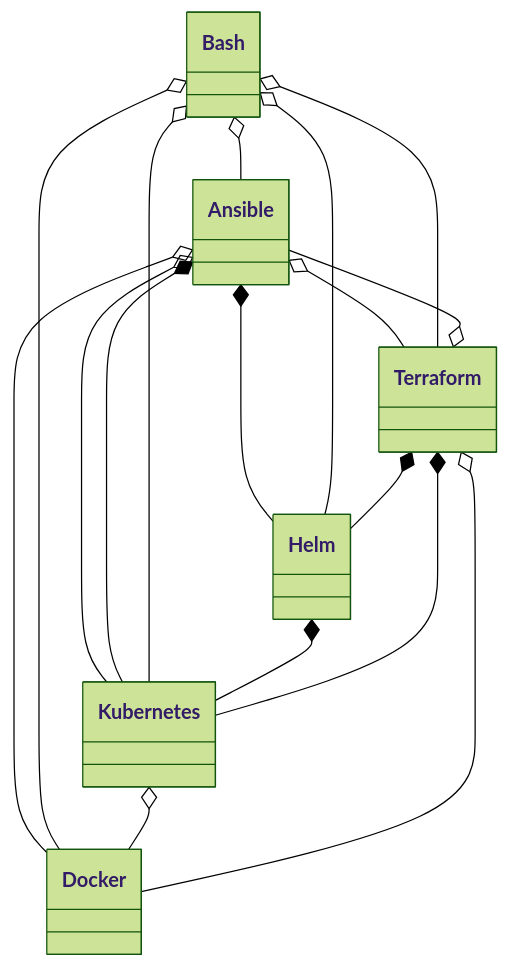
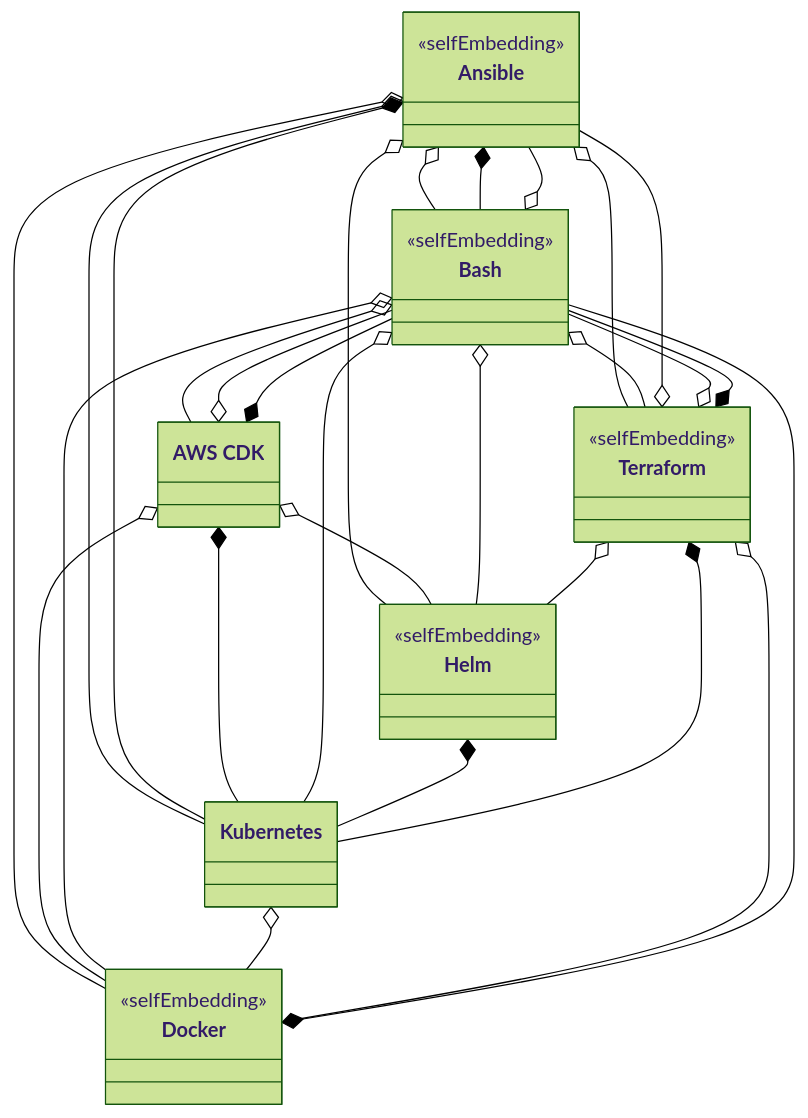
Before and after one commit to UST-DeMAF/DeMAF-Documentation: the diagram in transformations/README.md, drawn with Mermaid (forest theme). The commit also changed other lines of this file and 15 other files, not shown here.

````diff
--- a/transformations/README.md
+++ b/transformations/README.md
@@ -48,25 +380,42 @@
 ```mermaid
 classDiagram
     class Ansible
     class Bash
     class Docker
     class Helm
     class Kubernetes
     class Terraform
+    class AWSCDK["AWS CDK"]
+    <<selfEmbedding>> Ansible
+    <<selfEmbedding>> Bash
+    <<selfEmbedding>> Docker
+    <<selfEmbedding>> Helm
+    <<selfEmbedding>> Terraform
+    Ansible o-- Bash
+    Ansible *-- Bash
     Ansible o-- Docker
+    Ansible o-- Helm
     Ansible o-- Kubernetes
     Ansible *-- Kubernetes
-    Ansible *-- Helm
     Ansible o-- Terraform
+    AWSCDK o-- Bash
+    AWSCDK *-- Bash
+    AWSCDK o-- Docker
+    AWSCDK o-- Helm
+    AWSCDK *-- Kubernetes
     Bash o-- Ansible
+    Bash o-- AWSCDK
     Bash o-- Docker
     Bash o-- Helm
     Bash o-- Kubernetes
     Bash o-- Terraform
+    Docker *-- Bash
     Helm *-- Kubernetes
     Kubernetes o-- Docker
+    Terraform o-- Ansible
+    Terraform o-- Bash
+    Terraform *-- Bash
     Terraform o-- Docker
+    Terraform o-- Helm
     Terraform *-- Kubernetes
-    Terraform *-- Helm
-    Terraform o-- Ansible 
 ```
````
